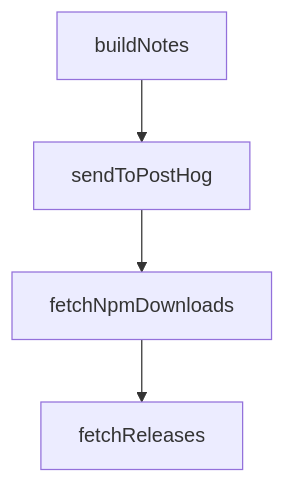
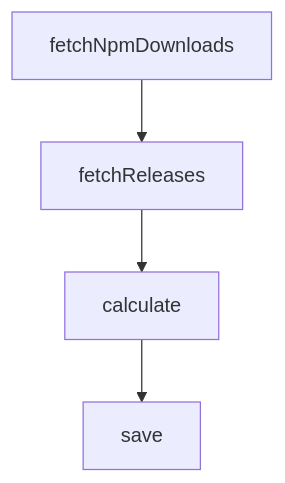
One commit to johnxie/awesome-code-docs changed the diagram in tutorials/kilocode-tutorial/03-modes-prompts-and-approval-workflow.md. Above: the diagram before and after it, drawn with Mermaid. The commit also changed other lines of this file and 1232 other files, not shown here.

````diff
--- a/tutorials/kilocode-tutorial/03-modes-prompts-and-approval-workflow.md
+++ b/tutorials/kilocode-tutorial/03-modes-prompts-and-approval-workflow.md
@@ -204,10 +202,10 @@
 ```mermaid
 flowchart TD
-    A[buildNotes]
-    B[sendToPostHog]
-    C[fetchNpmDownloads]
-    D[fetchReleases]
+    A[fetchNpmDownloads]
+    B[fetchReleases]
+    C[calculate]
+    D[save]
     A --> B
     B --> C
     C --> D
 ```
````
